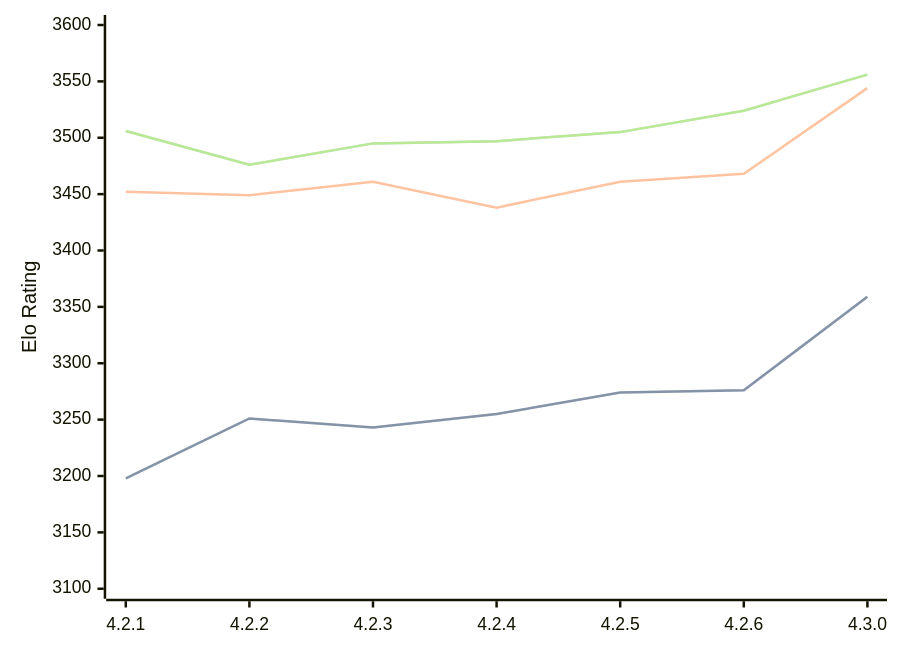
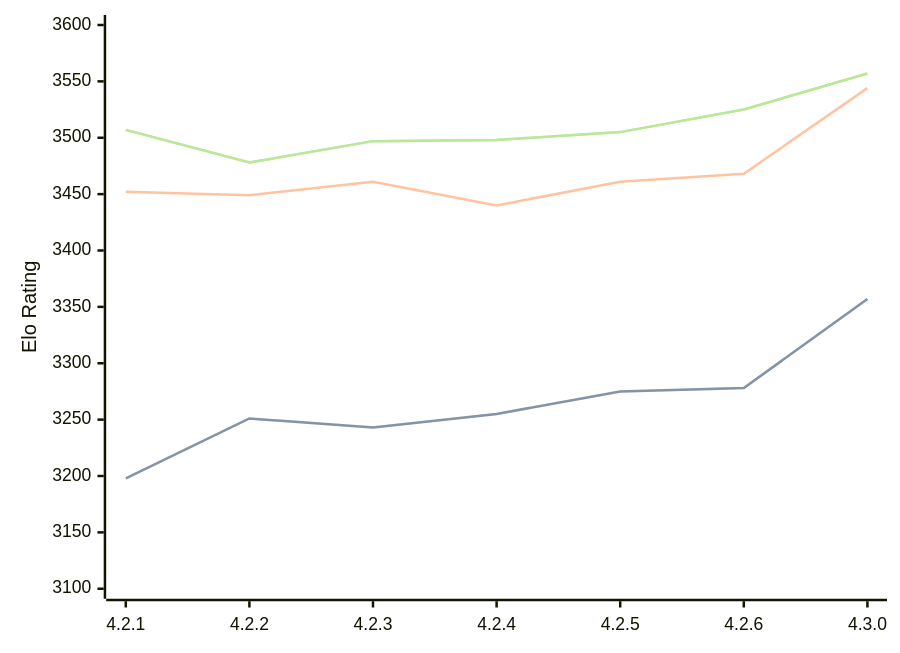
The diagram in engines/Gaia.md (computer-chess-index/cci), drawn with Mermaid before and after one commit. The commit also changed other lines of this file, not shown here.

Commit message:
Update CCI Ratings (ELO VLTC) - 2026-09-09

````diff
--- a/engines/Gaia.md
+++ b/engines/Gaia.md
@@ -41,11 +41,11 @@
 ```mermaid
 %%{init: {"theme":"base","themeVariables":{"seriesColors:['#a3a3a3','#222221','#faa371']}}}%%
 xychart-beta
   x-axis ["4.2.1", "4.2.2", "4.2.3", "4.2.4", "4.2.5", "4.2.6", "4.3.0"]
   y-axis "Elo Rating" 3100 --> 3600
-  line "" [3198, 3251, 3243, 3255, 3274, 3276, 3359]
-  line "STC (8.0+0.08s)" [3198, 3251, 3243, 3255, 3274, 3276, 3359]
-  line "LTC (60.0+0.60s)" [3452, 3449, 3461, 3438, 3461, 3468, 3544]
-  line "" [3506, 3476, 3495, 3497, 3505, 3524, 3556]
-  line "VLTC (2m24s+1.12s)" [3506, 3476, 3495, 3497, 3505, 3524, 3556]
+  line "" [3198, 3251, 3243, 3255, 3275, 3278, 3357]
+  line "STC (8.0+0.08s)" [3198, 3251, 3243, 3255, 3275, 3278, 3357]
+  line "LTC (60.0+0.60s)" [3452, 3449, 3461, 3440, 3461, 3468, 3544]
+  line "" [3507, 3478, 3497, 3498, 3505, 3525, 3557]
+  line "VLTC (2m24s+1.12s)" [3507, 3478, 3497, 3498, 3505, 3525, 3557]
 ```
````
